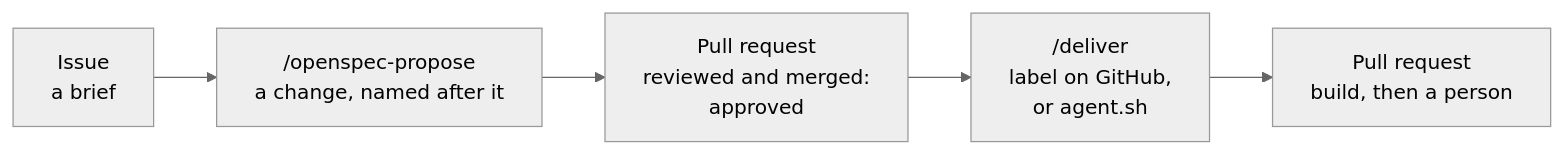
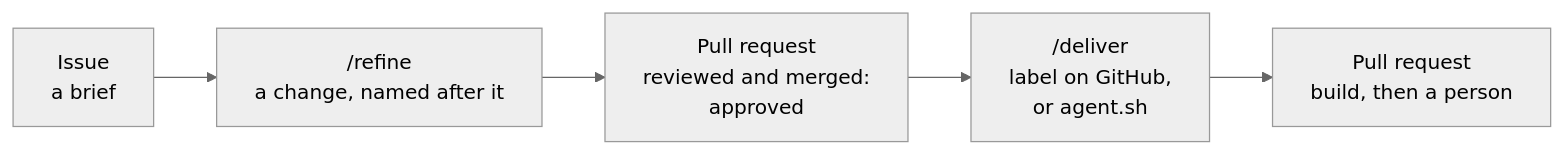
One commit to dibbdob/claude-code-governed-workflow changed the first of 2 diagrams in README.md. Above: the diagram before and after it, drawn with Mermaid (neutral theme). The commit also changed other lines of this file and 24 other files, not shown here.

````diff
--- a/README.md
+++ b/README.md
@@ -17,7 +18,7 @@
 ```mermaid
 flowchart LR
-  A["Issue<br/>a brief"] --> B["/openspec-propose<br/>a change, named after it"]
+  A["Issue<br/>a brief"] --> B["/refine<br/>a change, named after it"]
   B --> C["Pull request<br/>reviewed and merged:<br/>approved"]
   C --> D["/deliver<br/>label on GitHub,<br/>or agent.sh"]
   D --> E["Pull request<br/>build, then a person"]
 ```
````
